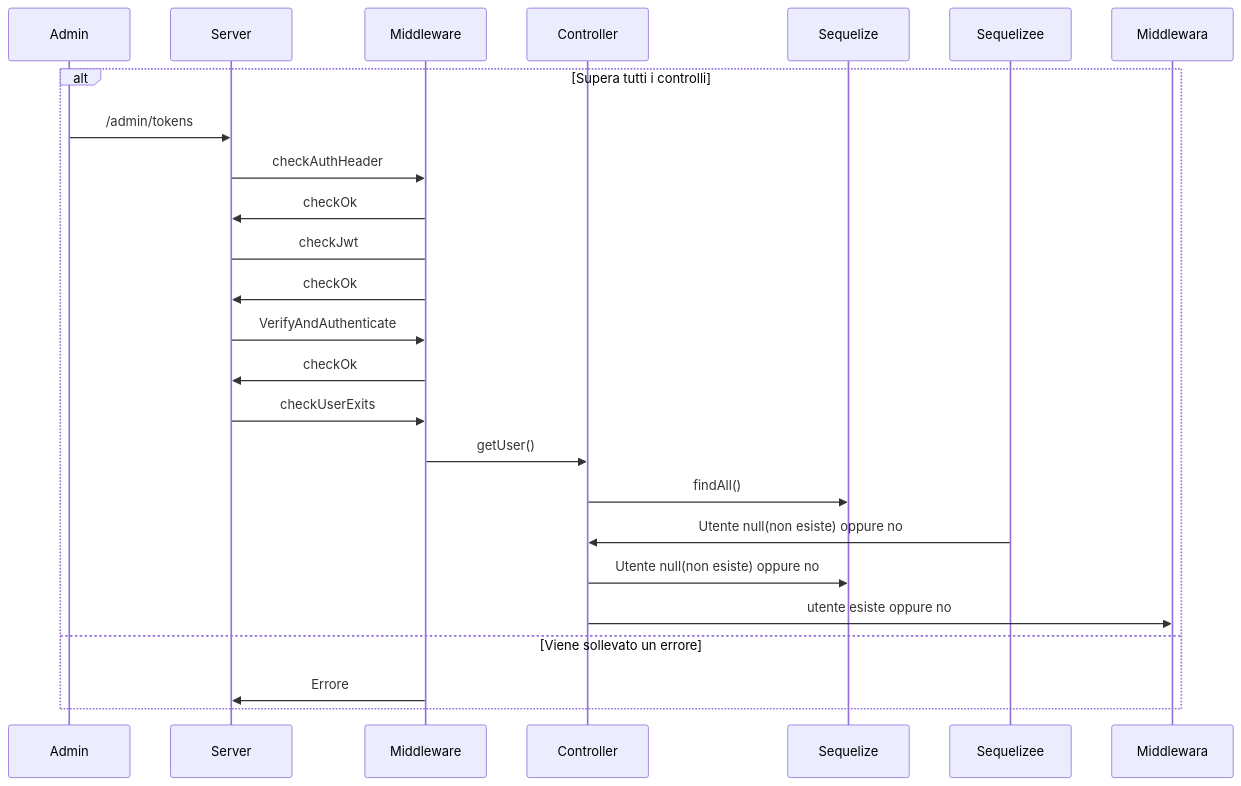
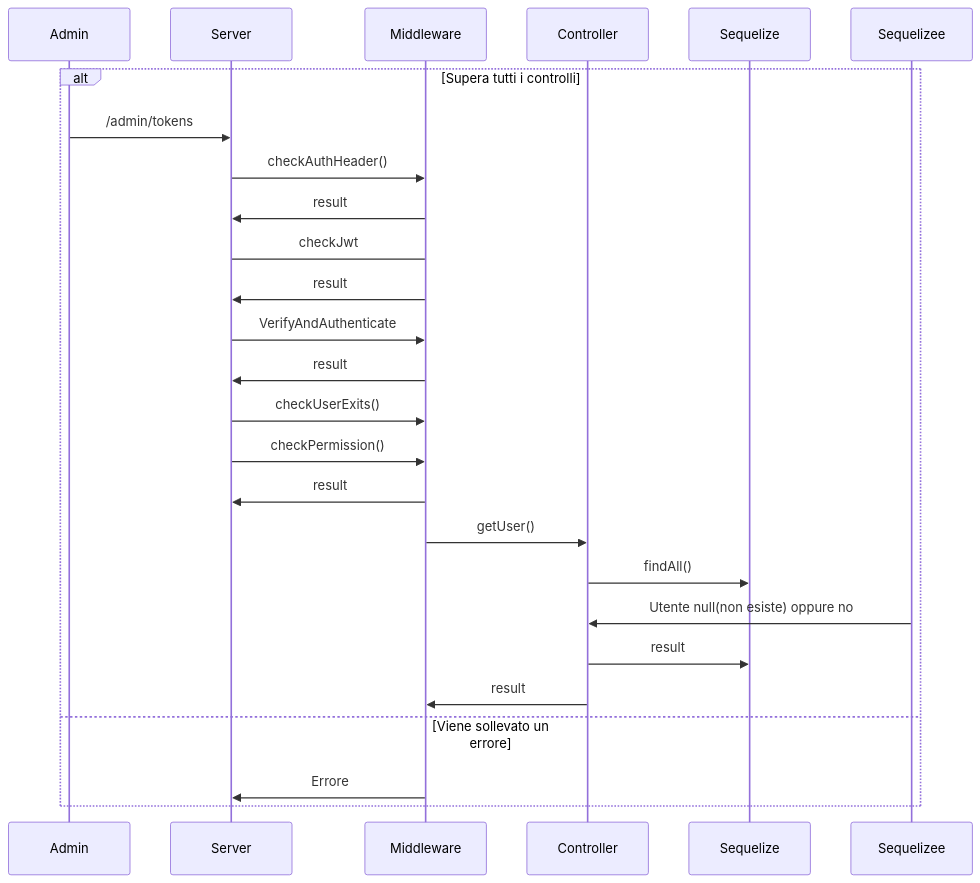
The fifth of 7 diagrams in README.md (AgneseBruglia/PA2024), drawn with Mermaid before and after one commit. The commit also changed other lines of this file, not shown here.

````diff
--- a/README.md
+++ b/README.md
@@ -256,20 +262,22 @@
 ```mermaid
 sequenceDiagram
     alt Supera tutti i controlli
         Admin->>Server: /admin/tokens
-        Server->>Middleware: checkAuthHeader
-        Middleware->>Server: checkOk
+        Server->>Middleware: checkAuthHeader()
+        Middleware->>Server: result
         Server->Middleware: checkJwt
-        Middleware->>Server: checkOk
+        Middleware->>Server: result
         Server->>Middleware: VerifyAndAuthenticate 
-        Middleware->>Server: checkOk
-        Server->>Middleware: checkUserExits
+        Middleware->>Server: result
+        Server->>Middleware: checkUserExits()
+        Server->>Middleware: checkPermission()
+        Middleware->>Server: result 
         Middleware->>Controller: getUser()
         Controller->>Sequelize: findAll()
         Sequelizee->>Controller: Utente null(non esiste) oppure no
-        Controller->>Sequelize: Utente null(non esiste) oppure no
-        Controller->>Middlewara: utente esiste oppure no
+        Controller->>Sequelize: result
+        Controller->>Middleware: result
     else Viene sollevato un errore
         Middleware->>Server: Errore
     end
 ```
````
